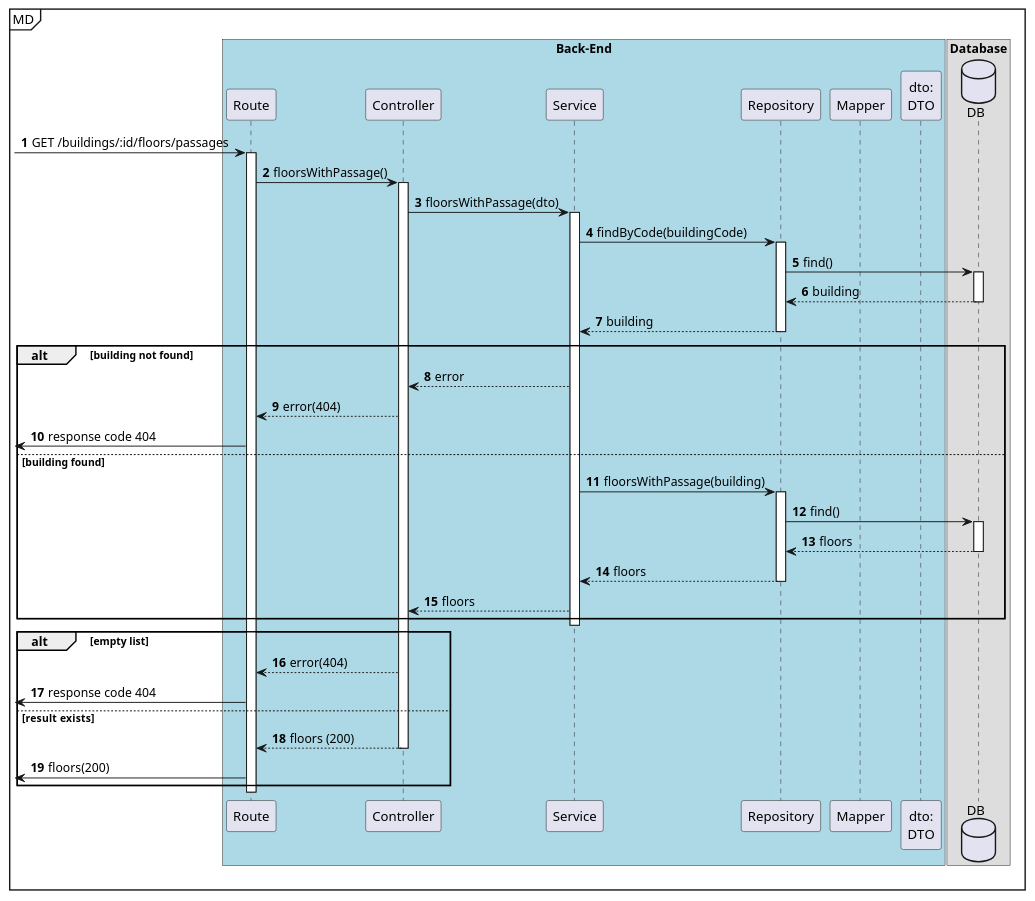
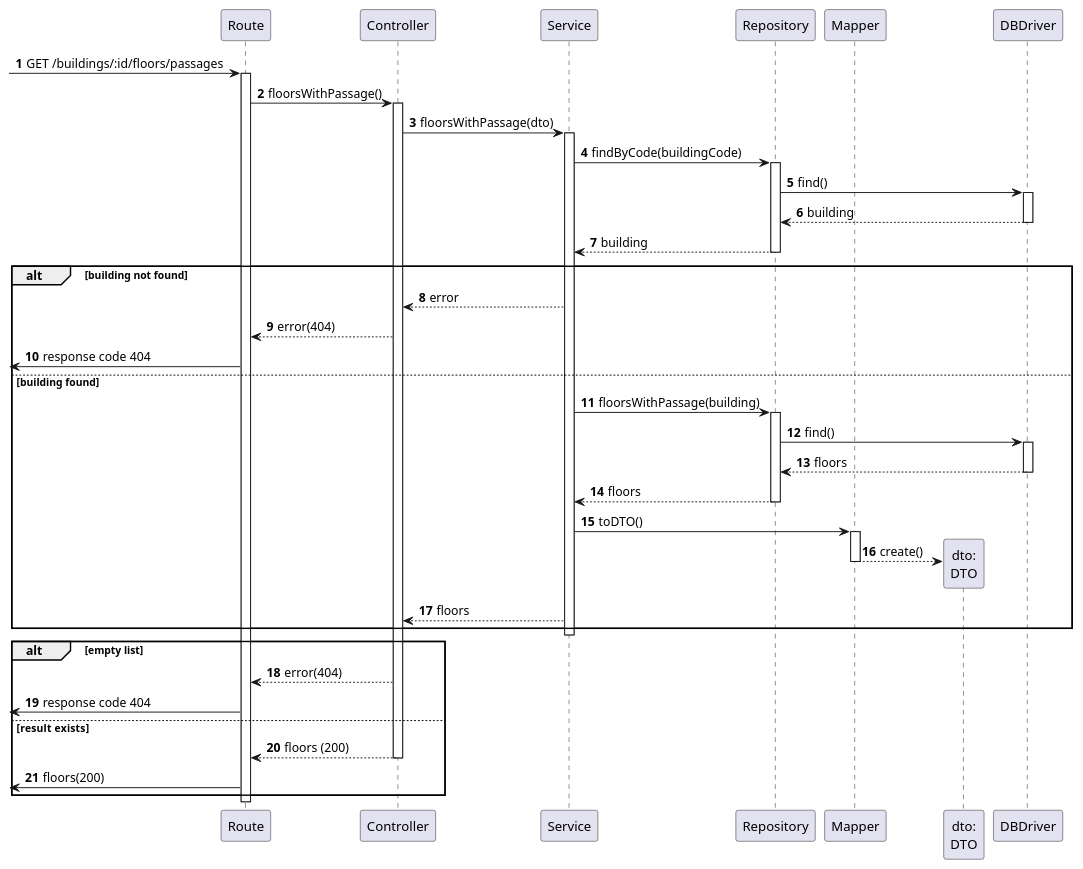
The diagram in docs/us220/level3/process-view.puml (Departamento-de-Engenharia-Informatica/lapr5-23-24-g19), drawn with PlantUML before and after one commit. The commit also changed 3 other files, not shown here.

Commit message:
docs(us220): update level 3 process-view diagram

```diff
--- a/docs/us220/level3/process-view.puml
+++ b/docs/us220/level3/process-view.puml
@@ -1,64 +1,64 @@
 @startuml
 autonumber
 
-mainframe MD
-box "Back-End" #LightBlue
-    participant "Route" as rt
-    participant "Controller" as ctrl
-    participant "Service" as svc
-    participant "Repository" as repo
+participant "Route" as rt
+participant "Controller" as ctrl
+participant "Service" as svc
+participant "Repository" as repo
 
-    participant "Mapper" as map
-    participant "dto:\nDTO" as dto
-end box
+participant "Mapper" as map
+participant "dto:\nDTO" as dto
 
-box "Database"
-    database "DB" as db
-end box
+participant "DBDriver" as db
 
 [-> rt : GET /buildings/:id/floors/passages
 
 activate rt
     rt -> ctrl : floorsWithPassage()
     activate ctrl
         ctrl -> svc : floorsWithPassage(dto)
         activate svc
             svc -> repo : findByCode(buildingCode)
             activate repo
                 repo -> db : find()
                 activate db
                     db --> repo : building
                 deactivate db
 
                 repo --> svc : building
             deactivate repo
 
             alt building not found
                 svc --> ctrl : error
                 ctrl --> rt : error(404)
                 [<- rt : response code 404
             else building found
                 svc -> repo : floorsWithPassage(building)
                 activate repo
                     repo -> db : find()
                     activate db
                         db --> repo : floors
                     deactivate db
 
                     repo --> svc : floors
                 deactivate repo
+
+                svc -> map : toDTO()
+                activate map
+                    map --> dto **:create()
+                deactivate map
                 svc --> ctrl : floors
             end
         deactivate svc
 
         alt empty list
             ctrl --> rt : error(404)
             [<- rt : response code 404
         else result  exists
             ctrl --> rt : floors (200)
             deactivate ctrl
             [<- rt : floors(200)
         end
 deactivate rt
 
 @enduml
```
